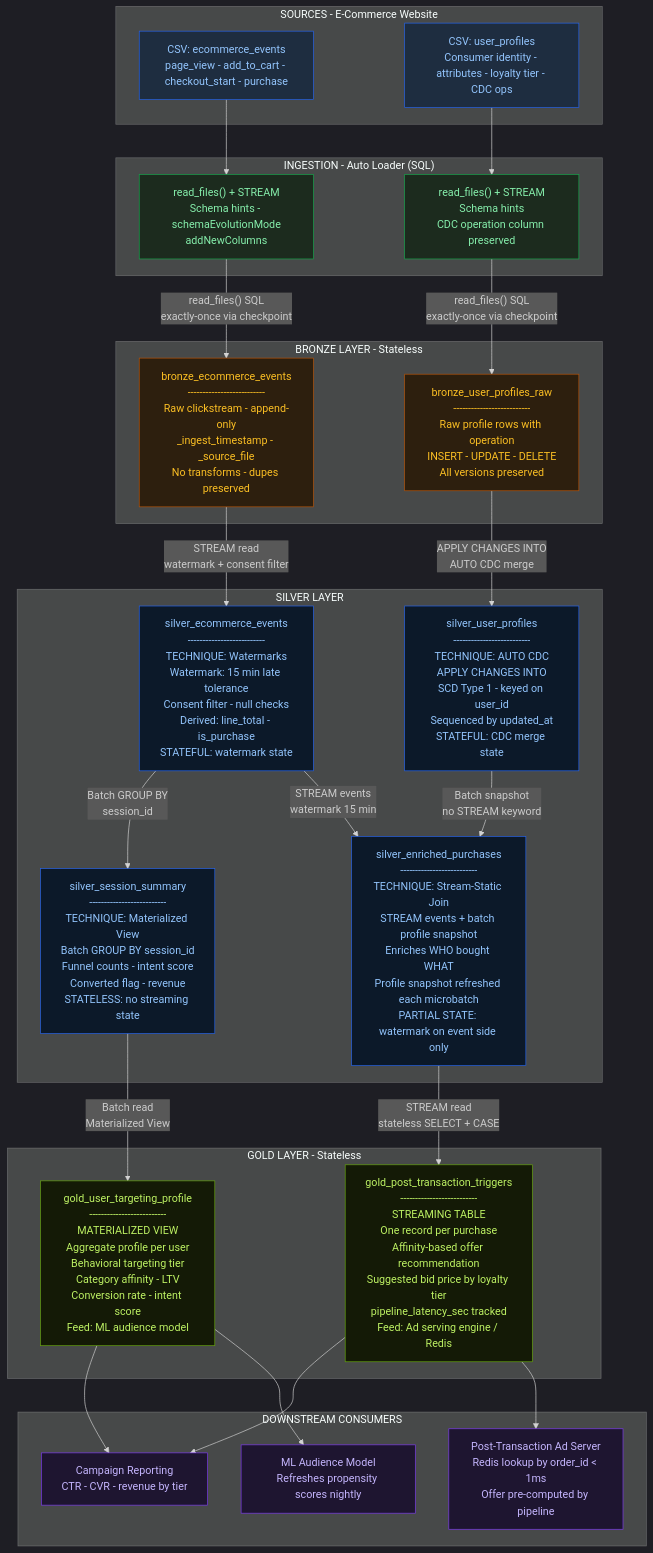
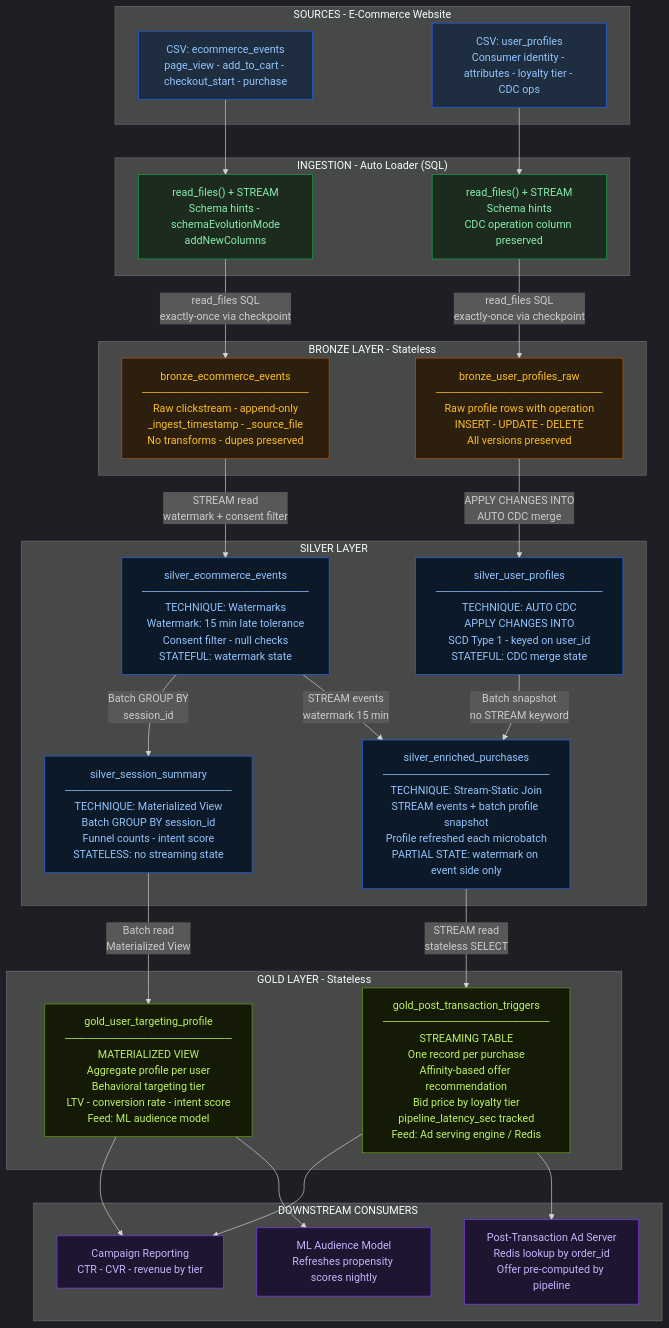
One commit to mrtrevanderson/adtech-databricks-streaming-pipeline changed the diagram in diagrams/pipeline_architecture.mermaid. Above: the diagram before and after it, drawn with Mermaid.

Commit message:
Fix mermaid diagram: replace \n with <br/> for correct GitHub rendering

```diff
--- a/diagrams/pipeline_architecture.mermaid
+++ b/diagrams/pipeline_architecture.mermaid
@@ -1,69 +1,69 @@
 %%{init: {'theme': 'dark'}}%%
 flowchart TD
 
     subgraph SOURCES["SOURCES - E-Commerce Website"]
-        EV["CSV: ecommerce_events\npage_view - add_to_cart - checkout_start - purchase"]
-        UP["CSV: user_profiles\nConsumer identity - attributes - loyalty tier - CDC ops"]
+        EV["CSV: ecommerce_events<br/>page_view - add_to_cart - checkout_start - purchase"]
+        UP["CSV: user_profiles<br/>Consumer identity - attributes - loyalty tier - CDC ops"]
     end
 
     subgraph INGEST["INGESTION - Auto Loader (SQL)"]
-        AL1["read_files() + STREAM\nSchema hints - schemaEvolutionMode\naddNewColumns"]
-        AL2["read_files() + STREAM\nSchema hints\nCDC operation column preserved"]
+        AL1["read_files() + STREAM<br/>Schema hints - schemaEvolutionMode<br/>addNewColumns"]
+        AL2["read_files() + STREAM<br/>Schema hints<br/>CDC operation column preserved"]
     end
 
     subgraph BRONZE["BRONZE LAYER - Stateless"]
-        BR1["bronze_ecommerce_events\n--------------------------\nRaw clickstream - append-only\n_ingest_timestamp - _source_file\nNo transforms - dupes preserved"]
-        BR2["bronze_user_profiles_raw\n--------------------------\nRaw profile rows with operation\nINSERT - UPDATE - DELETE\nAll versions preserved"]
+        BR1["bronze_ecommerce_events<br/>──────────────────────<br/>Raw clickstream - append-only<br/>_ingest_timestamp - _source_file<br/>No transforms - dupes preserved"]
+        BR2["bronze_user_profiles_raw<br/>──────────────────────<br/>Raw profile rows with operation<br/>INSERT - UPDATE - DELETE<br/>All versions preserved"]
     end
 
     subgraph SILVER["SILVER LAYER"]
-        SV1["silver_ecommerce_events\n--------------------------\nTECHNIQUE: Watermarks\nWatermark: 15 min late tolerance\nConsent filter - null checks\nDerived: line_total - is_purchase\nSTATEFUL: watermark state"]
-        SV2["silver_user_profiles\n--------------------------\nTECHNIQUE: AUTO CDC\nAPPLY CHANGES INTO\nSCD Type 1 - keyed on user_id\nSequenced by updated_at\nSTATEFUL: CDC merge state"]
-        SV3["silver_enriched_purchases\n--------------------------\nTECHNIQUE: Stream-Static Join\nSTREAM events + batch profile snapshot\nEnriches WHO bought WHAT\nProfile snapshot refreshed each microbatch\nPARTIAL STATE: watermark on event side only"]
-        SV4["silver_session_summary\n--------------------------\nTECHNIQUE: Materialized View\nBatch GROUP BY session_id\nFunnel counts - intent score\nConverted flag - revenue\nSTATELESS: no streaming state"]
+        SV1["silver_ecommerce_events<br/>──────────────────────<br/>TECHNIQUE: Watermarks<br/>Watermark: 15 min late tolerance<br/>Consent filter - null checks<br/>STATEFUL: watermark state"]
+        SV2["silver_user_profiles<br/>──────────────────────<br/>TECHNIQUE: AUTO CDC<br/>APPLY CHANGES INTO<br/>SCD Type 1 - keyed on user_id<br/>STATEFUL: CDC merge state"]
+        SV3["silver_enriched_purchases<br/>──────────────────────<br/>TECHNIQUE: Stream-Static Join<br/>STREAM events + batch profile snapshot<br/>Profile refreshed each microbatch<br/>PARTIAL STATE: watermark on event side only"]
+        SV4["silver_session_summary<br/>──────────────────────<br/>TECHNIQUE: Materialized View<br/>Batch GROUP BY session_id<br/>Funnel counts - intent score<br/>STATELESS: no streaming state"]
     end
 
     subgraph GOLD["GOLD LAYER - Stateless"]
-        G1["gold_post_transaction_triggers\n--------------------------\nSTREAMING TABLE\nOne record per purchase\nAffinity-based offer recommendation\nSuggested bid price by loyalty tier\npipeline_latency_sec tracked\nFeed: Ad serving engine / Redis"]
-        G2["gold_user_targeting_profile\n--------------------------\nMATERIALIZED VIEW\nAggregate profile per user\nBehavioral targeting tier\nCategory affinity - LTV\nConversion rate - intent score\nFeed: ML audience model"]
+        G1["gold_post_transaction_triggers<br/>──────────────────────<br/>STREAMING TABLE<br/>One record per purchase<br/>Affinity-based offer recommendation<br/>Bid price by loyalty tier<br/>pipeline_latency_sec tracked<br/>Feed: Ad serving engine / Redis"]
+        G2["gold_user_targeting_profile<br/>──────────────────────<br/>MATERIALIZED VIEW<br/>Aggregate profile per user<br/>Behavioral targeting tier<br/>LTV - conversion rate - intent score<br/>Feed: ML audience model"]
     end
 
     subgraph CONSUMERS["DOWNSTREAM CONSUMERS"]
-        D1["Post-Transaction Ad Server\nRedis lookup by order_id < 1ms\nOffer pre-computed by pipeline"]
-        D2["ML Audience Model\nRefreshes propensity scores nightly"]
-        D3["Campaign Reporting\nCTR - CVR - revenue by tier"]
+        D1["Post-Transaction Ad Server<br/>Redis lookup by order_id<br/>Offer pre-computed by pipeline"]
+        D2["ML Audience Model<br/>Refreshes propensity scores nightly"]
+        D3["Campaign Reporting<br/>CTR - CVR - revenue by tier"]
     end
 
     EV --> AL1
     UP --> AL2
-    AL1 -->|"read_files() SQL\nexactly-once via checkpoint"| BR1
-    AL2 -->|"read_files() SQL\nexactly-once via checkpoint"| BR2
+    AL1 -->|"read_files SQL<br/>exactly-once via checkpoint"| BR1
+    AL2 -->|"read_files SQL<br/>exactly-once via checkpoint"| BR2
 
-    BR1 -->|"STREAM read\nwatermark + consent filter"| SV1
-    BR2 -->|"APPLY CHANGES INTO\nAUTO CDC merge"| SV2
+    BR1 -->|"STREAM read<br/>watermark + consent filter"| SV1
+    BR2 -->|"APPLY CHANGES INTO<br/>AUTO CDC merge"| SV2
 
-    SV1 -->|"STREAM events\nwatermark 15 min"| SV3
-    SV2 -->|"Batch snapshot\nno STREAM keyword"| SV3
-    SV1 -->|"Batch GROUP BY\nsession_id"| SV4
+    SV1 -->|"STREAM events<br/>watermark 15 min"| SV3
+    SV2 -->|"Batch snapshot<br/>no STREAM keyword"| SV3
+    SV1 -->|"Batch GROUP BY<br/>session_id"| SV4
 
-    SV3 -->|"STREAM read\nstateless SELECT + CASE"| G1
-    SV4 -->|"Batch read\nMaterialized View"| G2
+    SV3 -->|"STREAM read<br/>stateless SELECT"| G1
+    SV4 -->|"Batch read<br/>Materialized View"| G2
 
     G1 --> D1
     G1 --> D3
     G2 --> D2
     G2 --> D3
 
     classDef sourceStyle   fill:#1e2d40,stroke:#2563eb,color:#93c5fd
     classDef ingestStyle   fill:#1c2b1e,stroke:#16a34a,color:#86efac
     classDef bronzeStyle   fill:#2d1f0e,stroke:#b45309,color:#fbbf24
     classDef silverStyle   fill:#0c1929,stroke:#2563eb,color:#93c5fd
     classDef goldStyle     fill:#141a06,stroke:#65a30d,color:#bef264
     classDef consumerStyle fill:#1e1530,stroke:#7c3aed,color:#c4b5fd
 
     class EV,UP sourceStyle
     class AL1,AL2 ingestStyle
     class BR1,BR2 bronzeStyle
     class SV1,SV2,SV3,SV4 silverStyle
     class G1,G2 goldStyle
     class D1,D2,D3 consumerStyle
```
